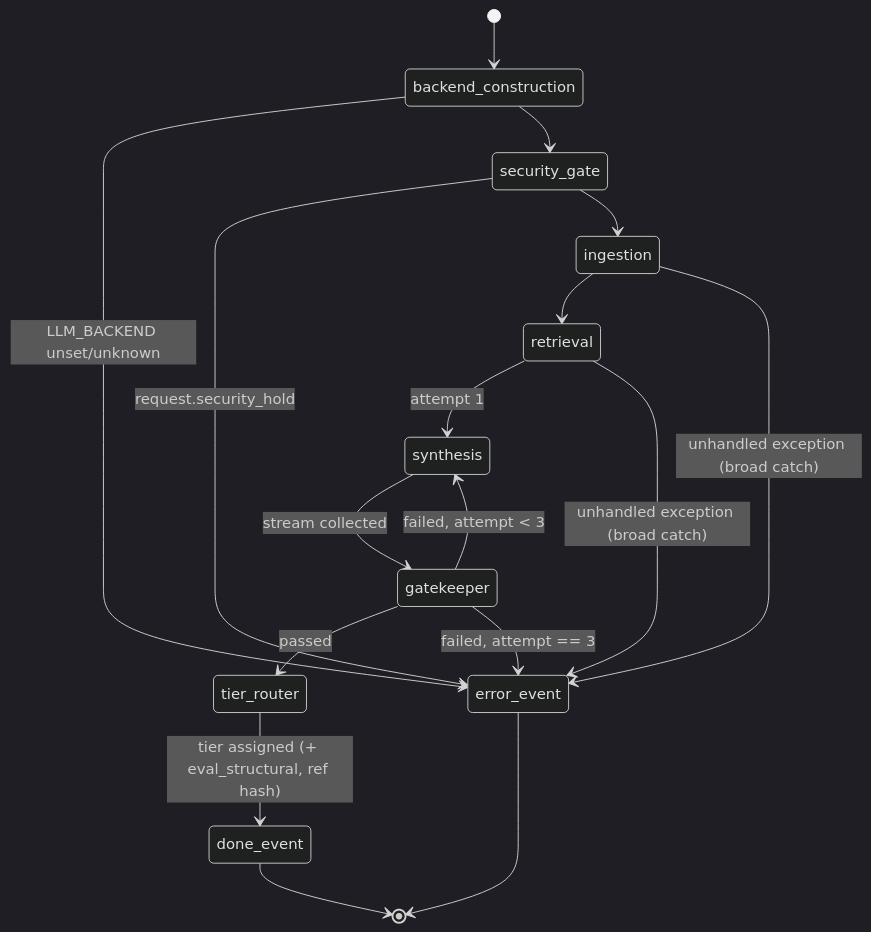
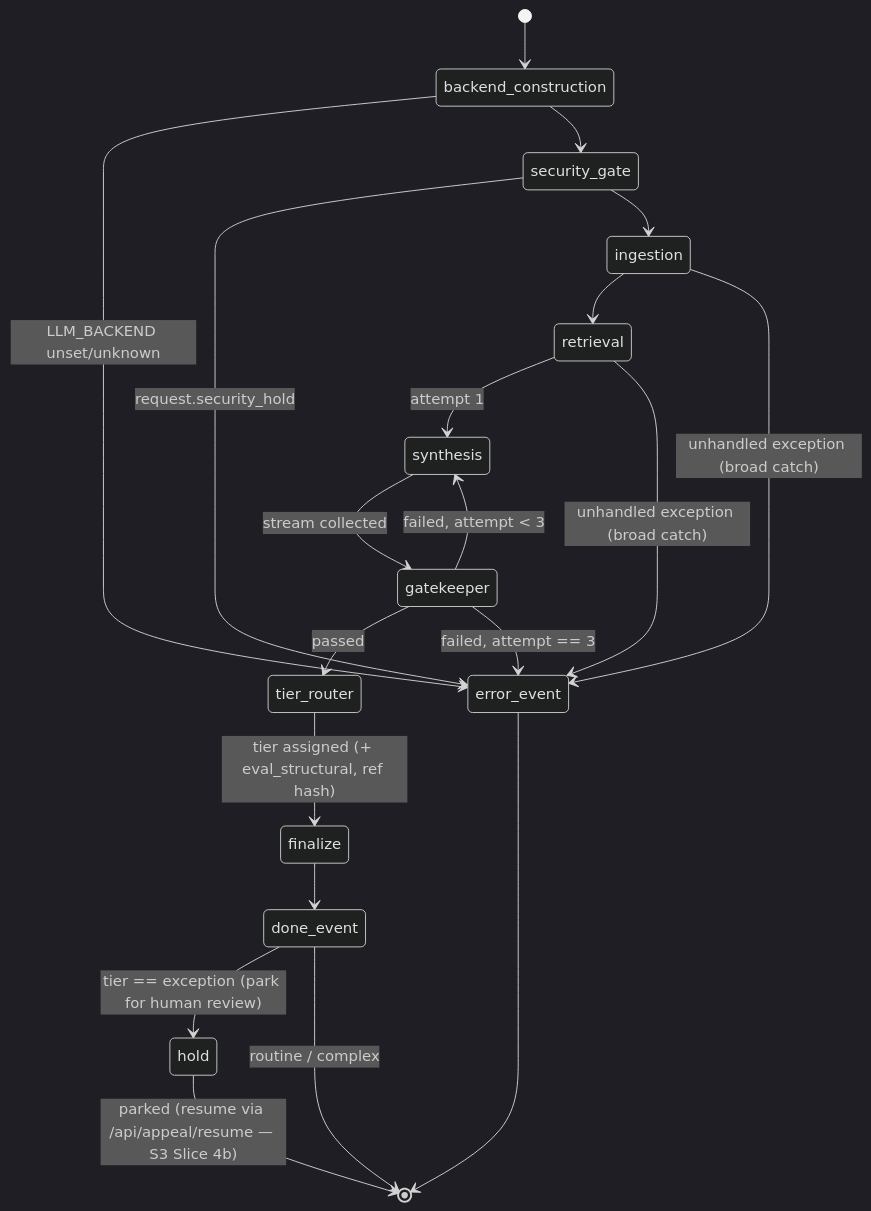
One commit to mcruz90/paxos-demo changed the third of 5 diagrams in docs/architecture/05-state-lifecycle.md. Above: the diagram before and after it, drawn with Mermaid (dark theme). The commit also changed other lines of this file and 5 other files, not shown here.

First line of the commit message:
docs(architecture): ADR-0010 + 02/05/10/11 — exception-tier interrupt (S3 Slice 4a, in-series)

````diff
--- a/docs/architecture/05-state-lifecycle.md
+++ b/docs/architecture/05-state-lifecycle.md
@@ -90,19 +90,22 @@
 ```mermaid
 stateDiagram-v2
     [*] --> backend_construction
     backend_construction --> error_event : LLM_BACKEND unset/unknown
     backend_construction --> security_gate
     security_gate --> error_event : request.security_hold
     security_gate --> ingestion
     ingestion --> retrieval
     retrieval --> synthesis : attempt 1
     synthesis --> gatekeeper : stream collected
     gatekeeper --> tier_router : passed
-    tier_router --> done_event : tier assigned (+ eval_structural, ref hash)
+    tier_router --> finalize : tier assigned (+ eval_structural, ref hash)
+    finalize --> done_event
+    done_event --> hold : tier == exception (park for human review)
     gatekeeper --> synthesis : failed, attempt < 3
     gatekeeper --> error_event : failed, attempt == 3
     ingestion --> error_event : unhandled exception (broad catch)
     retrieval --> error_event : unhandled exception (broad catch)
-    done_event --> [*]
+    done_event --> [*] : routine / complex
+    hold --> [*] : parked (resume via /api/appeal/resume — S3 Slice 4b)
     error_event --> [*]
 ```
````
